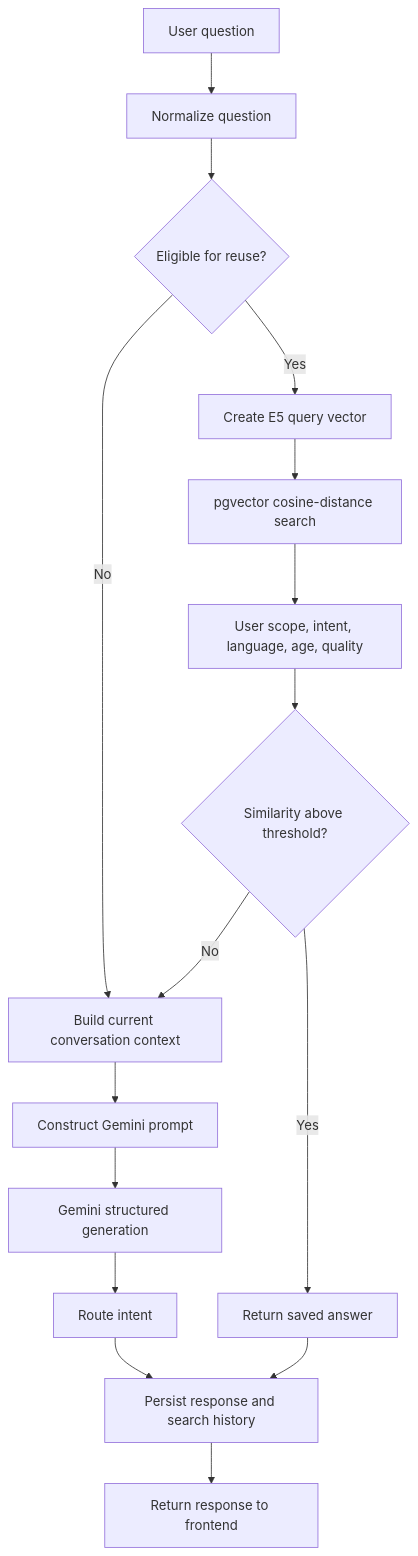
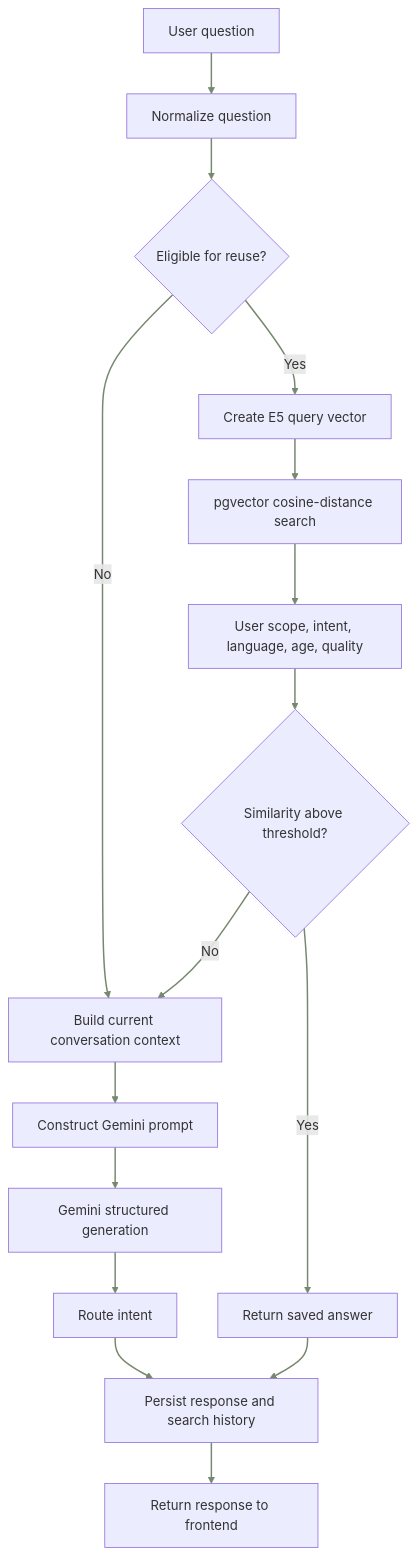
The seventh of 15 diagrams in README.md (SwekcchaCornicle/apnasathi-ai), drawn with Mermaid before and after one commit. The commit also changed other lines of this file, not shown here.

Commit message:
docs: style README diagrams with ApnaSathi palette and AWS icons

````diff
--- a/README.md
+++ b/README.md
@@ -710,18 +793,27 @@
 ```mermaid
 flowchart TD
+  classDef forest fill:#354a3b,stroke:#354a3b,color:#fbfaf7,stroke-width:2px;
+  classDef green fill:#405a46,stroke:#354a3b,color:#fbfaf7,stroke-width:1.8px;
+  classDef sage fill:#d5ddbd,stroke:#76886f,color:#252a23,stroke-width:1.5px;
+  classDef pale fill:#edf0e6,stroke:#647a63,color:#252a23,stroke-width:1.5px;
+  classDef sand fill:#f2e4d2,stroke:#d5a874,color:#252a23,stroke-width:1.5px;
+  classDef paper fill:#fbfaf7,stroke:#9a9a8f,color:#252a23,stroke-width:1.3px;
+  classDef external fill:#f2f1ed,stroke:#b5b4a9,color:#252a23,stroke-width:1.3px;
+  linkStyle default stroke:#76886f,stroke-width:1.8px;
+  class Q forest;
     Q[User question] --> CLEAN[Normalize question]
     CLEAN --> ELIGIBLE{Eligible for reuse?}
     ELIGIBLE -->|No| CTX[Build current conversation context]
     ELIGIBLE -->|Yes| EMBQ[Create E5 query vector]
     EMBQ --> SEARCH[pgvector cosine-distance search]
     SEARCH --> FILTER[User scope, intent, language, age, quality]
     FILTER --> THRESHOLD{Similarity above threshold?}
     THRESHOLD -->|Yes| REUSE[Return saved answer]
     THRESHOLD -->|No| CTX
     CTX --> PROMPT[Construct Gemini prompt]
     PROMPT --> MODEL[Gemini structured generation]
     MODEL --> ROUTE[Route intent]
     ROUTE --> SAVE[Persist response and search history]
     REUSE --> SAVE
     SAVE --> RESPONSE[Return response to frontend]
 ```
````
